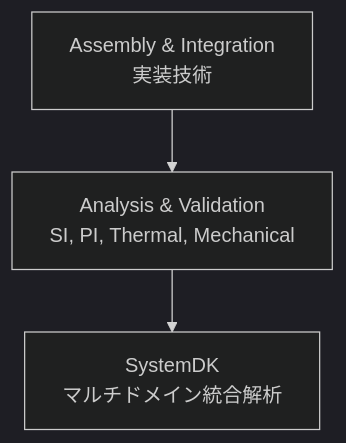
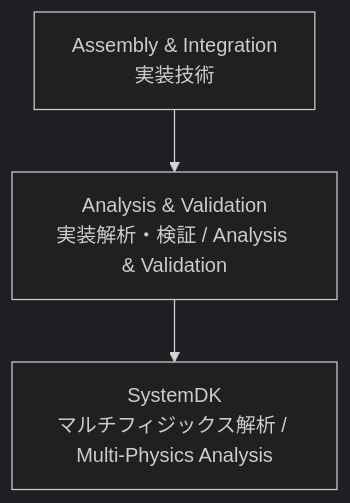
One commit to Samizo-AITL/Edusemi-Plus changed the diagram in Assembly-Integration/Analysis-Validation/README.md. Above: the diagram before and after it, drawn with Mermaid (dark theme). The commit also changed other lines of this file, not shown here.

````diff
--- a/Assembly-Integration/Analysis-Validation/README.md
+++ b/Assembly-Integration/Analysis-Validation/README.md
@@ -41,5 +49,5 @@
 ```mermaid
 graph TD
-  A[Assembly & Integration<br/>実装技術] --> B[Analysis & Validation<br/>SI, PI, Thermal, Mechanical]
-  B --> C[SystemDK<br/>マルチドメイン統合解析]
+  A[Assembly & Integration<br/>実装技術] --> B[Analysis & Validation<br/>実装解析・検証 / Analysis & Validation]
+  B --> C[SystemDK<br/>マルチフィジックス解析 / Multi-Physics Analysis]
 ```
````
